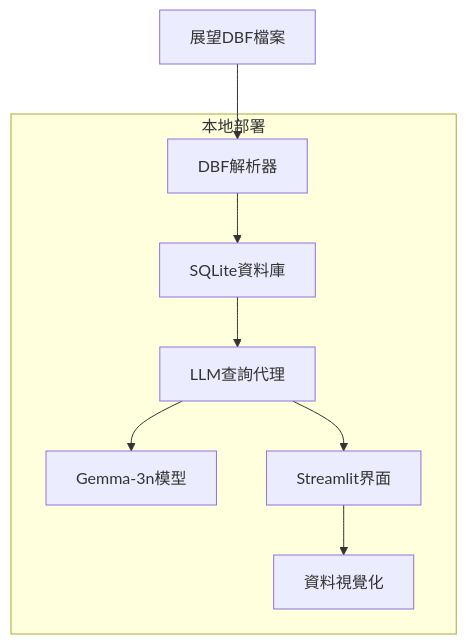
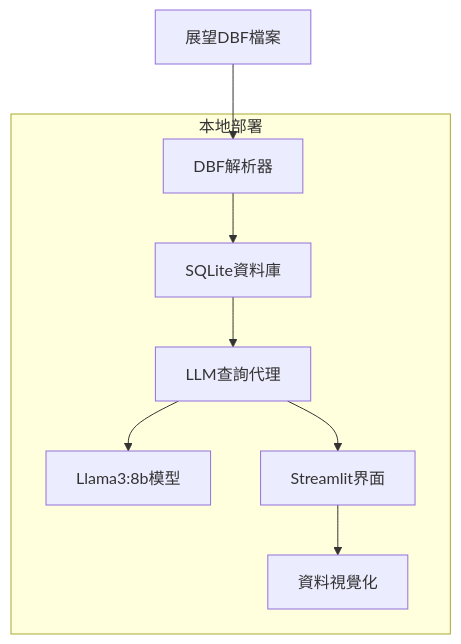
The diagram in README.md (leon80148/chat4lab), drawn with Mermaid before and after one commit. The commit also changed 6 other files, not shown here.

````diff
--- a/README.md
+++ b/README.md
@@ -73,18 +73,18 @@
 ```mermaid
 graph TB
     A[展望DBF檔案] --> B[DBF解析器]
     B --> C[SQLite資料庫]
     C --> D[LLM查詢代理]
-    D --> E[Gemma-3n模型]
+    D --> E[Llama3:8b模型]
     D --> F[Streamlit界面]
     F --> G[資料視覺化]
     
     subgraph "本地部署"
         B
         C
         D
         E
         F
         G
     end
 ```
````
